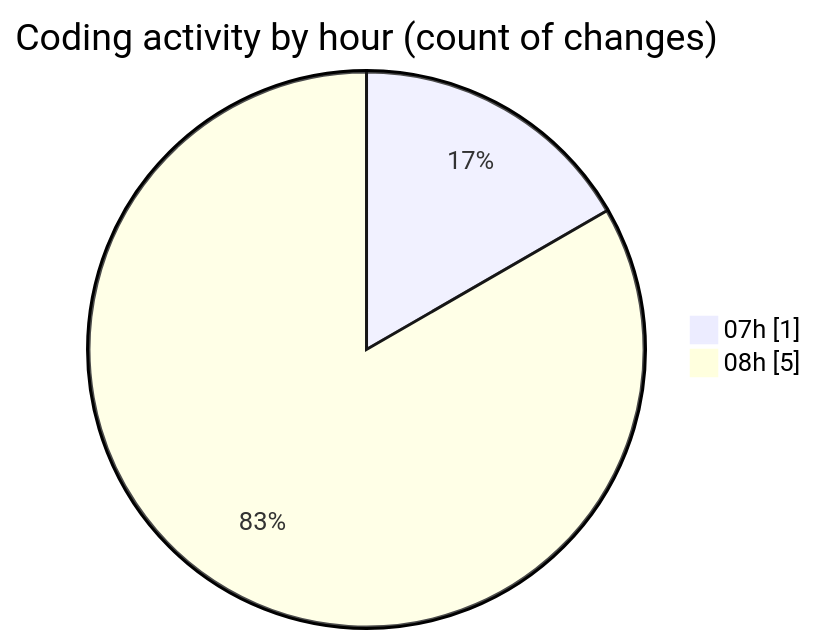
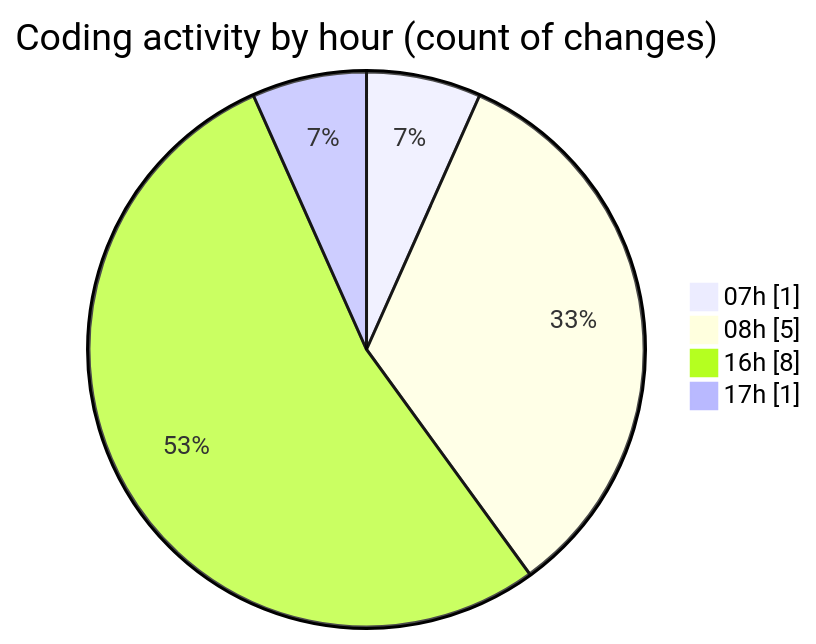
The second of 2 diagrams in 2025-02-13/elitegpt/README.md (Elitesun/code-tracking), drawn with Mermaid before and after one commit. The commit also changed other lines of this file and 1 other file, not shown here.

````diff
--- a/2025-02-13/elitegpt/README.md
+++ b/2025-02-13/elitegpt/README.md
@@ -30,6 +34,8 @@
 ```mermaid
 pie showData
 title Coding activity by hour (count of changes)
 "07h" : 1
 "08h" : 5
+"16h" : 8
+"17h" : 1
 ```
````
